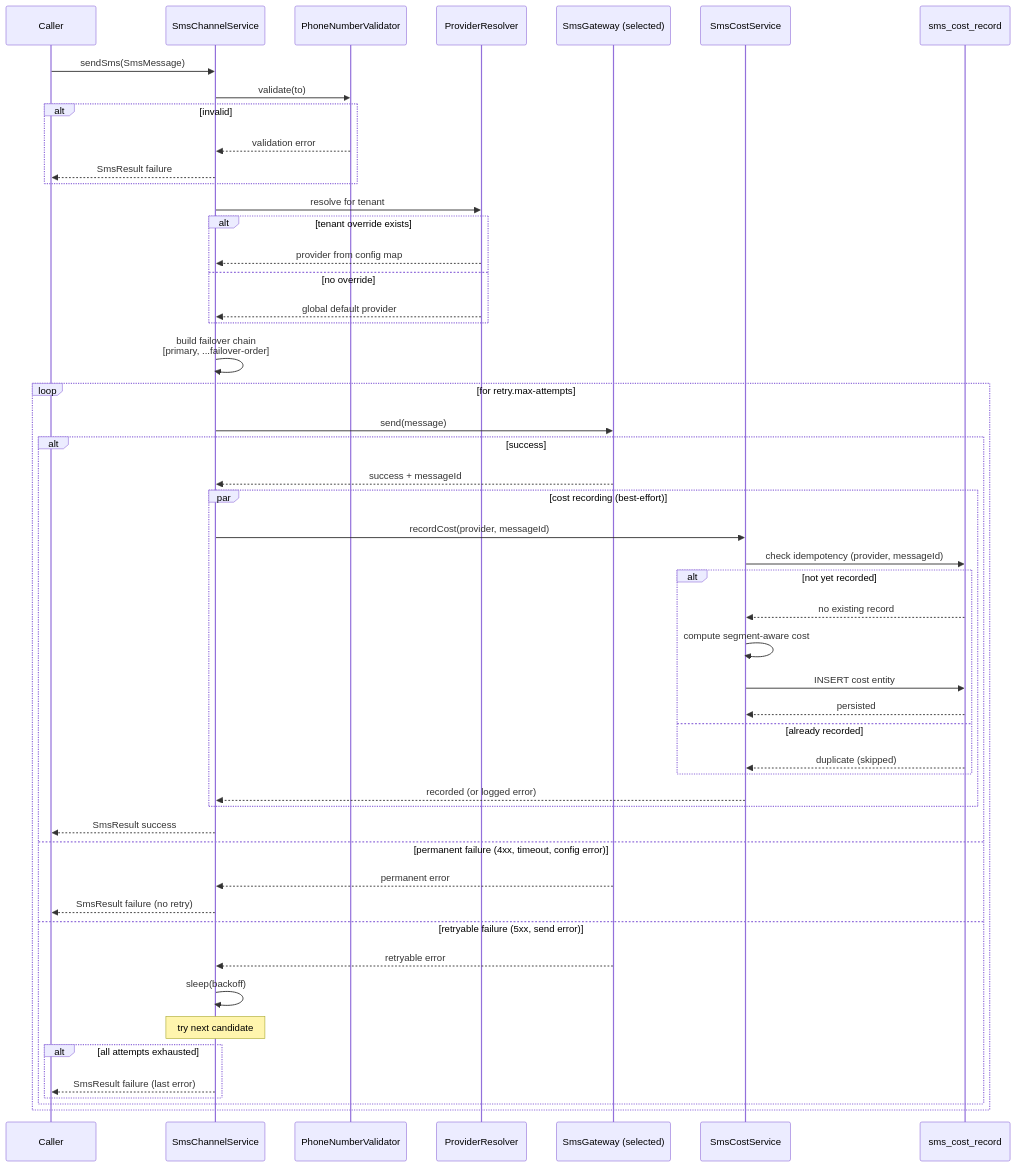
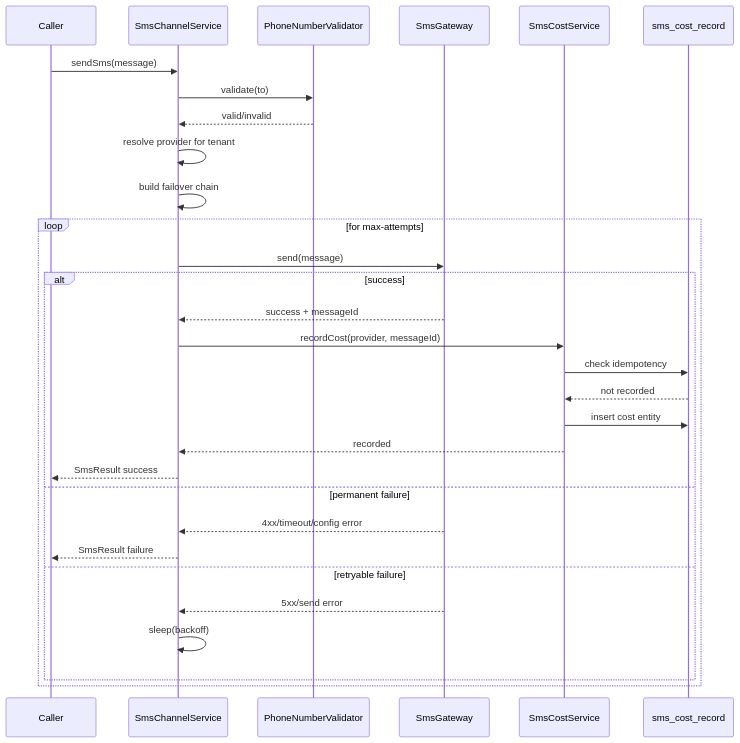
One commit to zahid397/formwork-channel-sms-production-review changed the second of 7 diagrams in README.md. Above: the diagram before and after it, drawn with Mermaid. The commit also changed other lines of this file, not shown here.

````diff
--- a/README.md
+++ b/README.md
@@ -124,64 +63,38 @@
 ```mermaid
 sequenceDiagram
     participant Caller
-    participant SmsChannelService
-    participant PhoneNumberValidator
-    participant ProviderResolver
-    participant Gateway as SmsGateway (selected)
-    participant SmsCostService
-    participant Database as sms_cost_record
+    participant Service as SmsChannelService
+    participant Validator as PhoneNumberValidator
+    participant Gateway as SmsGateway
+    participant Cost as SmsCostService
+    participant DB as sms_cost_record
 
-    Caller->>SmsChannelService: sendSms(SmsMessage)
+    Caller->>Service: sendSms(message)
+    Service->>Validator: validate(to)
+    Validator-->>Service: valid/invalid
     
-    SmsChannelService->>PhoneNumberValidator: validate(to)
-    alt invalid
-        PhoneNumberValidator-->>SmsChannelService: validation error
-        SmsChannelService-->>Caller: SmsResult failure
-    end
+    Service->>Service: resolve provider for tenant
+    Service->>Service: build failover chain
     
-    SmsChannelService->>ProviderResolver: resolve for tenant
-    alt tenant override exists
-        ProviderResolver-->>SmsChannelService: provider from config map
-    else no override
-        ProviderResolver-->>SmsChannelService: global default provider
-    end
-    
-    SmsChannelService->>SmsChannelService: build failover chain<br/>[primary, ...failover-order]
-    
-    loop for retry.max-attempts
-        SmsChannelService->>Gateway: send(message)
+    loop for max-attempts
+        Service->>Gateway: send(message)
         
         alt success
-            Gateway-->>SmsChannelService: success + messageId
+            Gateway-->>Service: success + messageId
+            Service->>Cost: recordCost(provider, messageId)
+            Cost->>DB: check idempotency
+            DB-->>Cost: not recorded
+            Cost->>DB: insert cost entity
+            Cost-->>Service: recorded
+            Service-->>Caller: SmsResult success
             
-            par cost recording (best-effort)
-                SmsChannelService->>SmsCostService: recordCost(provider, messageId)
-                SmsCostService->>Database: check idempotency (provider, messageId)
-                alt not yet recorded
-                    Database-->>SmsCostService: no existing record
-                    SmsCostService->>SmsCostService: compute segment-aware cost
-                    SmsCostService->>Database: INSERT cost entity
-                    Database-->>SmsCostService: persisted
-                else already recorded
-                    Database-->>SmsCostService: duplicate (skipped)
-                end
-                SmsCostService-->>SmsChannelService: recorded (or logged error)
-            end
+        else permanent failure
+            Gateway-->>Service: 4xx/timeout/config error
+            Service-->>Caller: SmsResult failure
             
-            SmsChannelService-->>Caller: SmsResult success
-            
-        else permanent failure (4xx, timeout, config error)
-            Gateway-->>SmsChannelService: permanent error
-            SmsChannelService-->>Caller: SmsResult failure (no retry)
-            
-        else retryable failure (5xx, send error)
-            Gateway-->>SmsChannelService: retryable error
-            SmsChannelService->>SmsChannelService: sleep(backoff)
-            Note over SmsChannelService: try next candidate
-            
-            alt all attempts exhausted
-                SmsChannelService-->>Caller: SmsResult failure (last error)
-            end
+        else retryable failure
+            Gateway-->>Service: 5xx/send error
+            Service->>Service: sleep(backoff)
         end
     end
 ```
````
